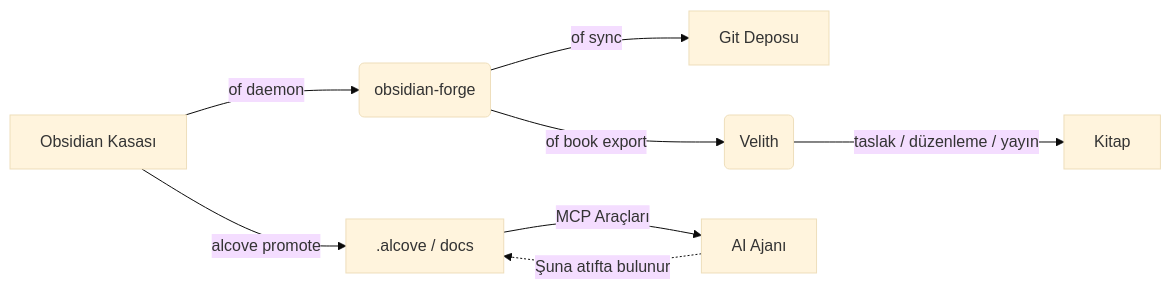
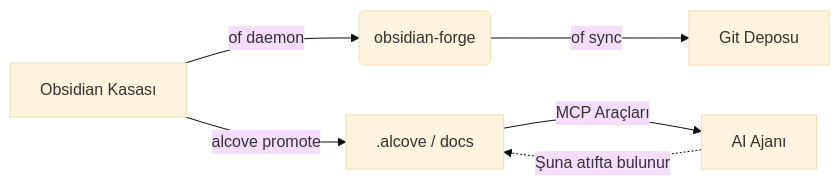
One commit to epicsagas/obsidian-forge changed the diagram in docs/README_tr.md. Above: the diagram before and after it, drawn with Mermaid (base theme). The commit also changed other lines of this file and 13 other files, not shown here.

````diff
--- a/docs/README_tr.md
+++ b/docs/README_tr.md
@@ -397,10 +351,8 @@
 ```mermaid
 graph LR
     A[Obsidian Kasası] -->|of daemon| B(obsidian-forge)
     B -->|of sync| C[Git Deposu]
     A -->|alcove promote| D[.alcove / docs]
     D -->|MCP Araçları| E[AI Ajanı]
     E -.->|Şuna atıfta bulunur| D
-    B -->|of book export| F(Velith)
-    F -->|taslak / düzenleme / yayın| G[Kitap]
 ```
````
